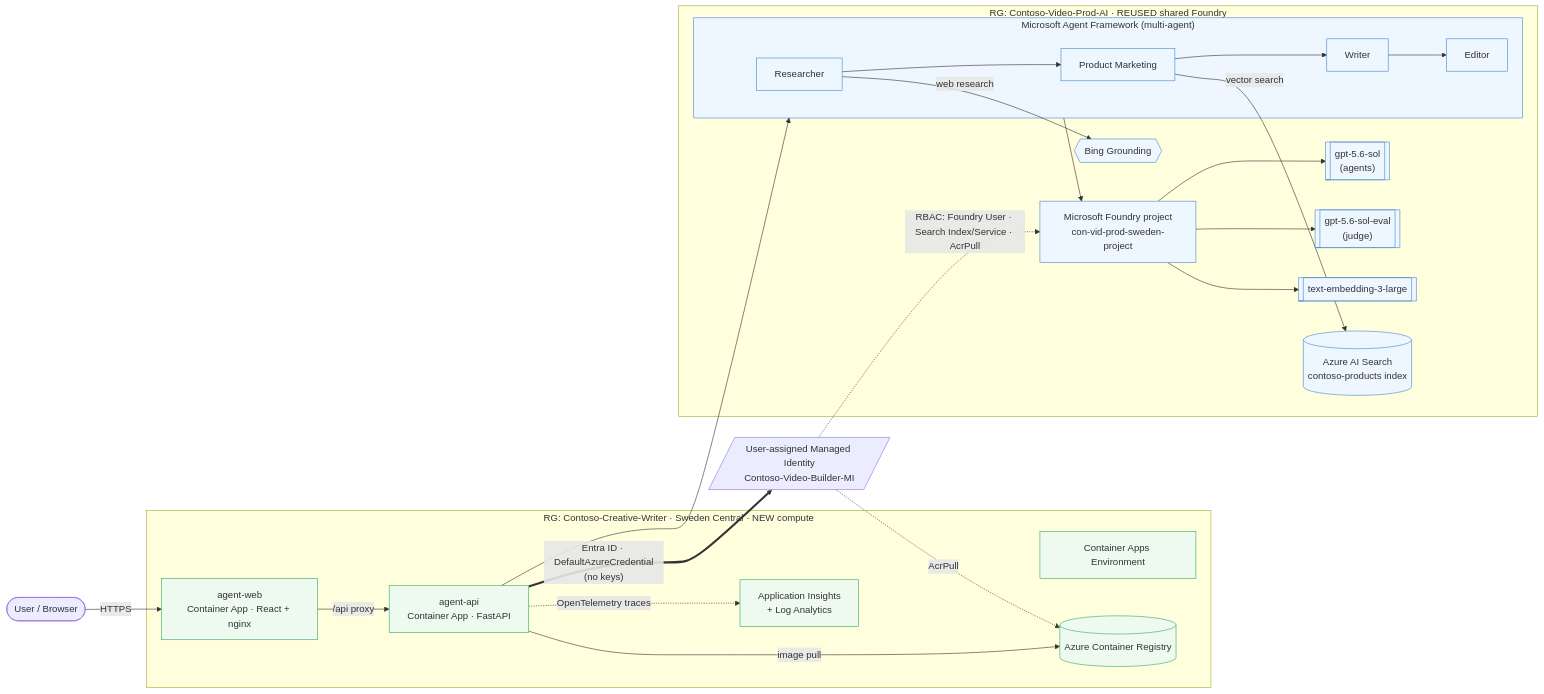
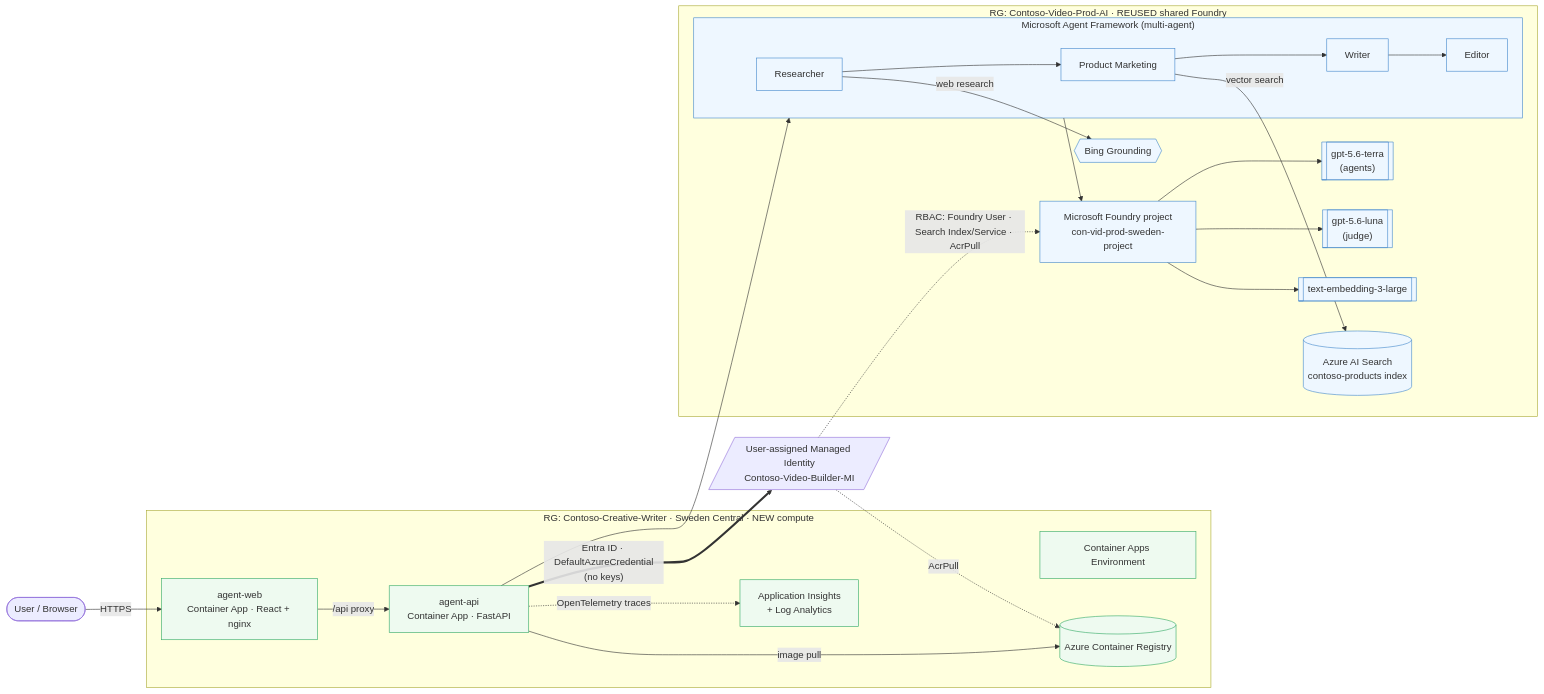
One commit to Jinssi/creative-writer changed the diagram in docs/architecture.md. Above: the diagram before and after it, drawn with Mermaid. The commit also changed other lines of this file and 21 other files, not shown here.

First line of the commit message:
Deploy fixes: real models (gpt-5.6-terra/luna), agent-framework-foundry, resilient telemetry; demo eval scaffolding

````diff
--- a/docs/architecture.md
+++ b/docs/architecture.md
@@ -8,42 +8,42 @@
 ```mermaid
 flowchart LR
   user([User / Browser])
 
   subgraph RG1["RG: Contoso-Creative-Writer · Sweden Central · NEW compute"]
     web["agent-web<br/>Container App · React + nginx"]
     api["agent-api<br/>Container App · FastAPI"]
     env["Container Apps Environment"]
     acr[("Azure Container Registry")]
     obs["Application Insights<br/>+ Log Analytics"]
   end
 
   subgraph RG2["RG: Contoso-Video-Prod-AI · REUSED shared Foundry"]
     proj["Microsoft Foundry project<br/>con-vid-prod-sweden-project"]
     subgraph agents["Microsoft Agent Framework (multi-agent)"]
       r["Researcher"] --> p["Product Marketing"] --> w["Writer"] --> e["Editor"]
     end
-    m1[["gpt-5.6-sol<br/>(agents)"]]
-    m2[["gpt-5.6-sol-eval<br/>(judge)"]]
+    m1[["gpt-5.6-terra<br/>(agents)"]]
+    m2[["gpt-5.6-luna<br/>(judge)"]]
     emb[["text-embedding-3-large"]]
     bing{{"Bing Grounding"}}
     srch[("Azure AI Search<br/>contoso-products index")]
   end
 
   mi[/"User-assigned Managed Identity<br/>Contoso-Video-Builder-MI"/]
 
   user -->|HTTPS| web -->|/api proxy| api
   api --> agents
   r -->|web research| bing
   p -->|vector search| srch
   agents --> proj --> m1 & m2 & emb
   api -. OpenTelemetry traces .-> obs
   api ==>|"Entra ID · DefaultAzureCredential<br/>(no keys)"| mi
   mi -. "RBAC: Foundry User · Search Index/Service · AcrPull" .-> proj
   mi -. AcrPull .-> acr
   api -->|image pull| acr
 
   classDef reuse fill:#eef7ff,stroke:#4488cc;
   classDef new fill:#eefaf0,stroke:#33aa66;
   class proj,agents,r,p,w,e,m1,m2,emb,bing,srch reuse;
   class web,api,env,acr,obs new;
 ```
````
